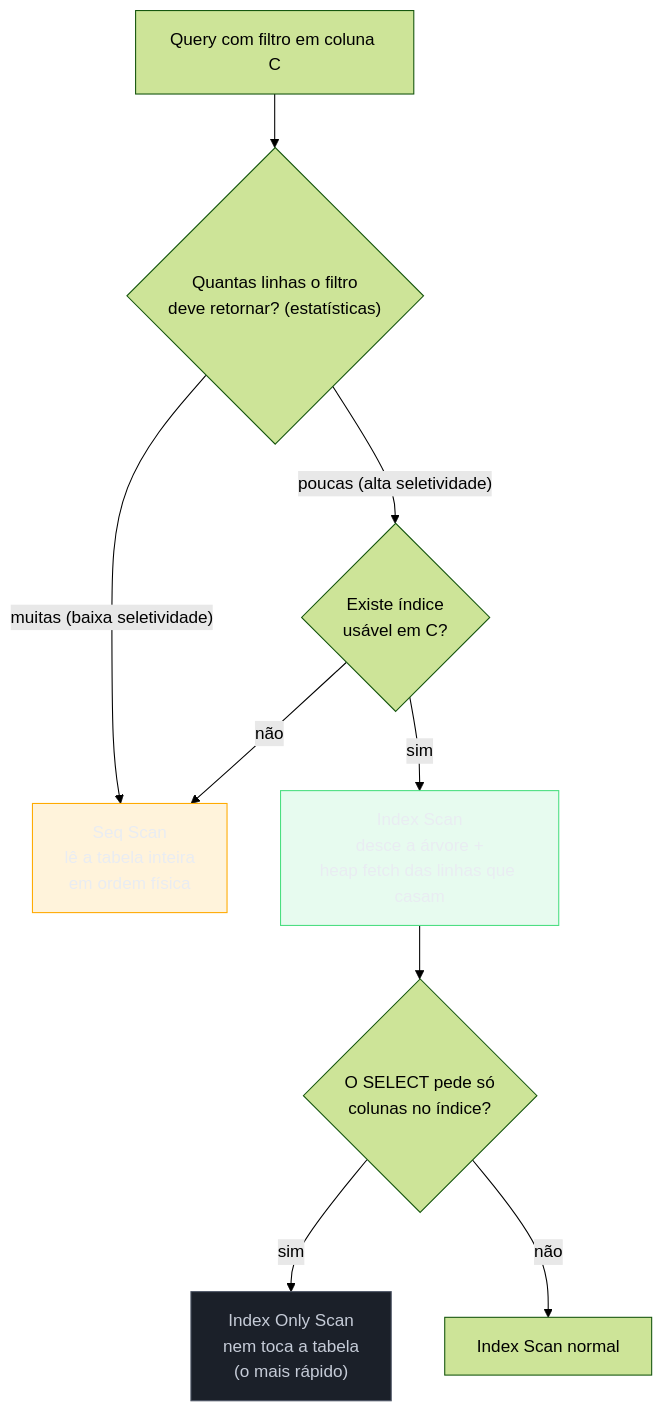
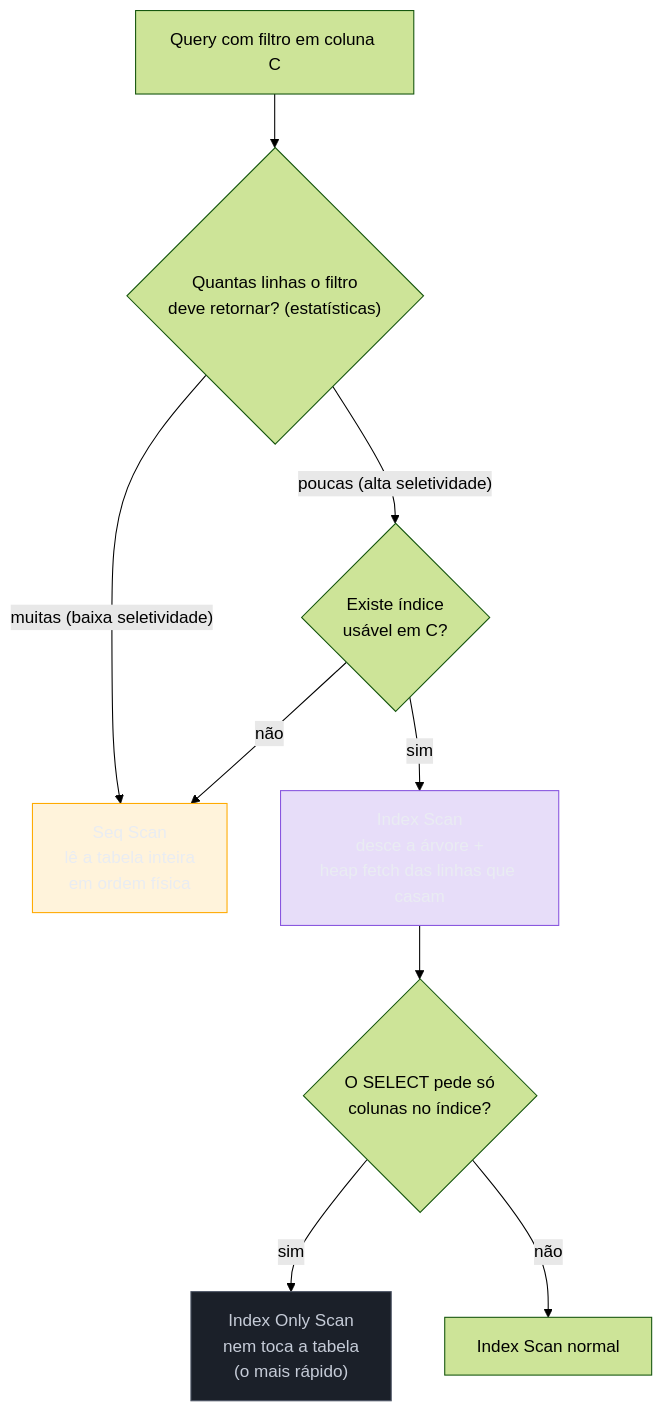
Before and after one commit to josenaldo/codex-technomanticus: the fourth of 4 diagrams in 03-Dominios/Ciência/Banco de Dados/07 - Índices.md, drawn with Mermaid (forest theme). The commit also changed other lines of this file and 601 other files, not shown here.

````diff
--- a/03-Dominios/Ciência/Banco de Dados/07 - Índices.md
+++ b/03-Dominios/Ciência/Banco de Dados/07 - Índices.md
@@ -194,17 +194,17 @@
 ```mermaid
 flowchart TD
+    classDef marca fill:#8855DF33,stroke:#8855DF,color:#E9ECF2
     classDef destaque fill:#FFAA0024,stroke:#FFAA00,color:#E9ECF2
-    classDef ok fill:#4ADE8021,stroke:#4ADE80,color:#E9ECF2
     classDef neutro fill:#1B2029,stroke:#4E5666,color:#C6CCD8
     START["Query com filtro em coluna C"] --> EST{"Quantas linhas o filtro<br/>deve retornar? (estatísticas)"}
     EST -->|"muitas (baixa seletividade)"| SEQ["Seq Scan<br/>lê a tabela inteira<br/>em ordem física"]
     EST -->|"poucas (alta seletividade)"| HASIDX{"Existe índice<br/>usável em C?"}
     HASIDX -->|não| SEQ
     HASIDX -->|sim| IDX["Index Scan<br/>desce a árvore +<br/>heap fetch das linhas que casam"]
     IDX --> COVER{"O SELECT pede só<br/>colunas no índice?"}
     COVER -->|sim| IOS["Index Only Scan<br/>nem toca a tabela<br/>(o mais rápido)"]
     COVER -->|não| DONE["Index Scan normal"]
     class SEQ destaque
-    class IDX ok
+    class IDX marca
     class IOS neutro
 ```
````
